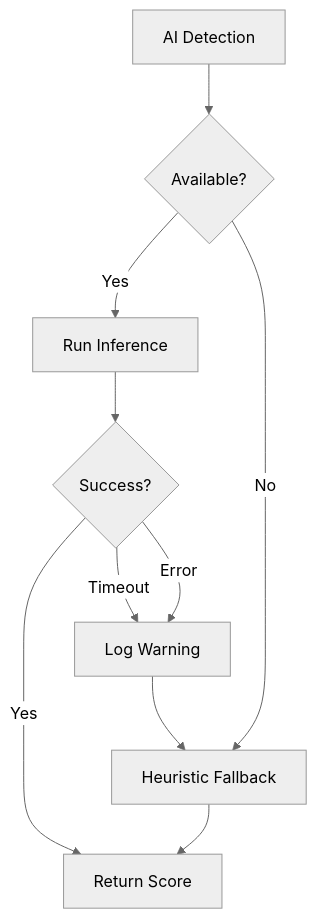
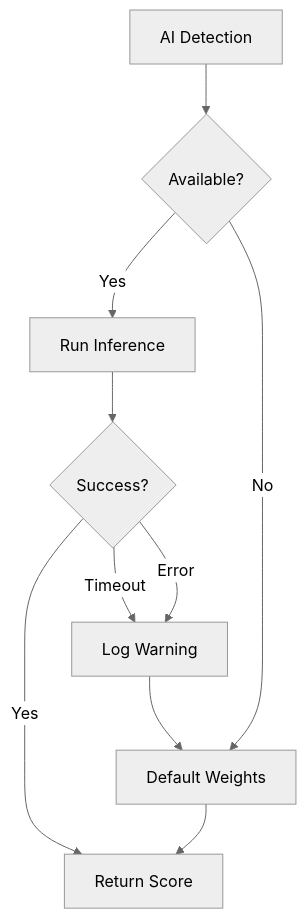
One commit to scottgal/mostlylucid.nugetpackages changed the sixth of 6 diagrams in Mostlylucid.BotDetection/docs/ai-detection.md. Above: the diagram before and after it, drawn with Mermaid (neutral theme). The commit also changed other lines of this file and 59 other files, not shown here.

````diff
--- a/Mostlylucid.BotDetection/docs/ai-detection.md
+++ b/Mostlylucid.BotDetection/docs/ai-detection.md
@@ -529,14 +462,14 @@
 ```mermaid
 flowchart TB
     AI[AI Detection] --> Check{Available?}
     Check -->|Yes| Run[Run Inference]
-    Check -->|No| Fallback[Heuristic Fallback]
+    Check -->|No| Fallback[Default Weights]
 
     Run --> Result{Success?}
     Result -->|Yes| Score[Return Score]
     Result -->|Timeout| Log[Log Warning]
     Result -->|Error| Log
 
     Log --> Fallback
     Fallback --> Score
 ```
````
